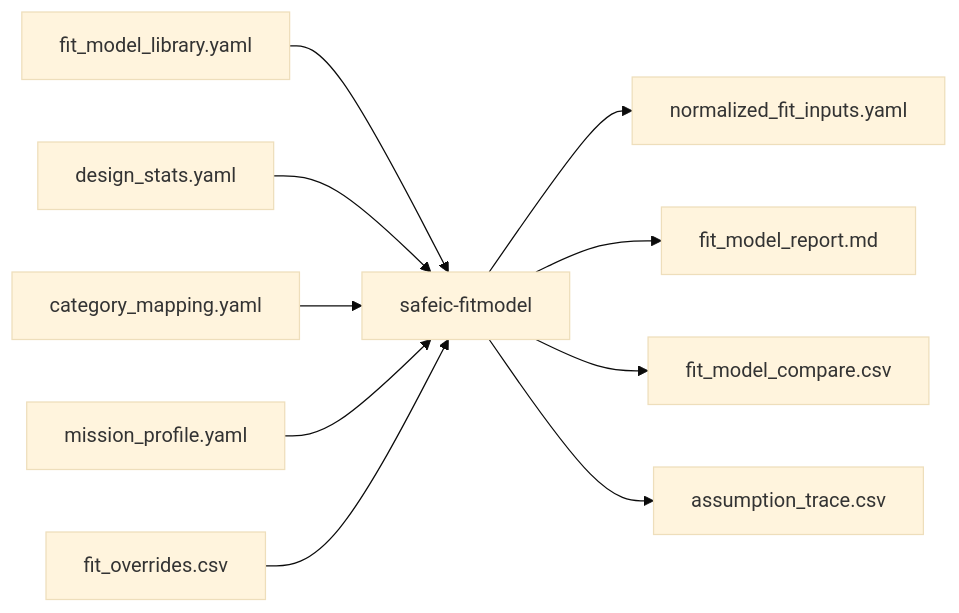
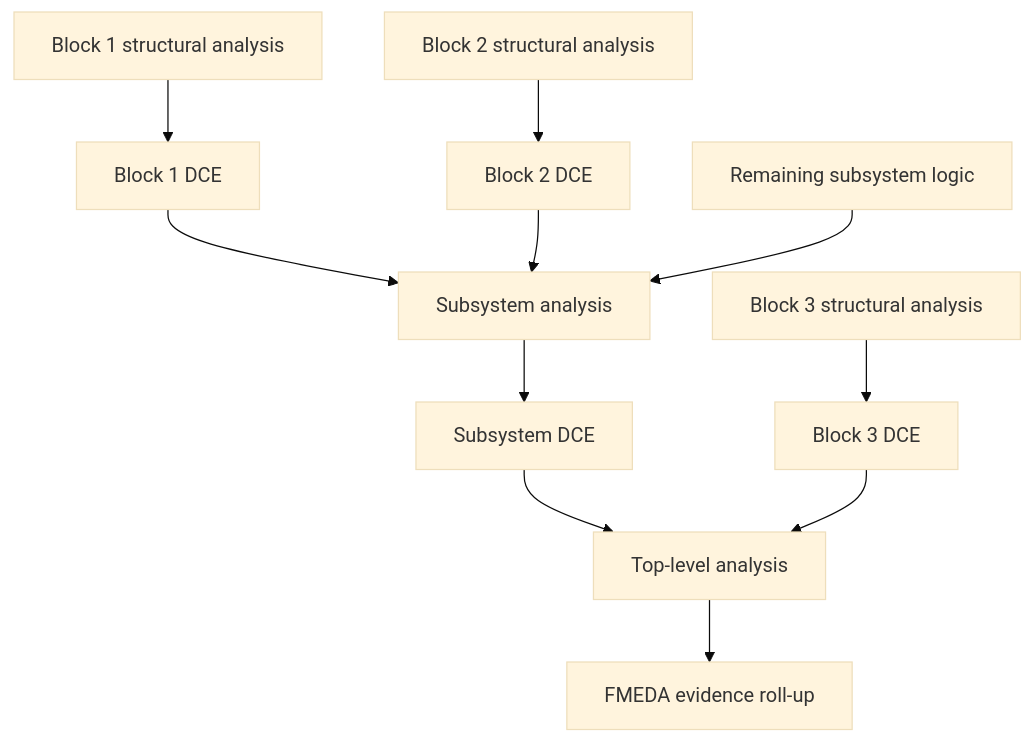
The third of 5 diagrams in articles/04_automotive_safeic_practice_d04_github_en_generic.md (qiqixixi1001/automotive-safeic-practice), drawn with Mermaid (base theme) before and after one commit. The commit also changed other lines of this file, not shown here.

````diff
--- a/articles/04_automotive_safeic_practice_d04_github_en_generic.md
+++ b/articles/04_automotive_safeic_practice_d04_github_en_generic.md
@@ -269,13 +413,15 @@
 ```mermaid
-flowchart LR
-    A[fit_model_library.yaml] --> T[safeic-fitmodel]
-    B[design_stats.yaml] --> T
-    C[category_mapping.yaml] --> T
-    D[mission_profile.yaml] --> T
-    E[fit_overrides.csv] --> T
+flowchart TD
+    B1[Block 1 structural analysis] --> D1[Block 1 DCE]
+    B2[Block 2 structural analysis] --> D2[Block 2 DCE]
+    B3[Block 3 structural analysis] --> D3[Block 3 DCE]
 
-    T --> F[normalized_fit_inputs.yaml]
-    T --> G[fit_model_report.md]
-    T --> H[fit_model_compare.csv]
-    T --> I[assumption_trace.csv]
+    D1 --> S1[Subsystem analysis]
+    D2 --> S1
+    B4[Remaining subsystem logic] --> S1
+    S1 --> DS[Subsystem DCE]
+
+    DS --> TOP[Top-level analysis]
+    D3 --> TOP
+    TOP --> FMEDA[FMEDA evidence roll-up]
 ```
````
